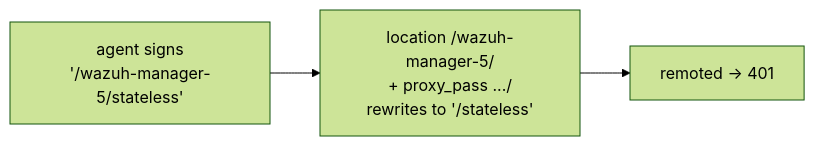
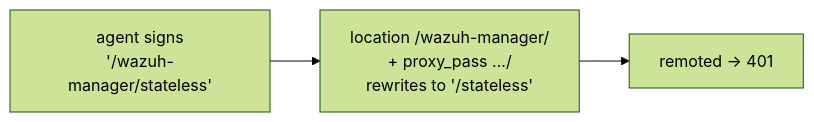
One commit to wazuh/wazuh changed the third of 3 diagrams in docs/ref/modules/remoted/load-balancers/nginx.md. Above: the diagram before and after it, drawn with Mermaid (forest theme). The commit also changed other lines of this file and 25 other files, not shown here.

````diff
--- a/docs/ref/modules/remoted/load-balancers/nginx.md
+++ b/docs/ref/modules/remoted/load-balancers/nginx.md
@@ -188,4 +188,4 @@
 ```mermaid
 flowchart LR
-    A["agent signs<br/>'/wazuh-manager-5/stateless'"] --> N["location /wazuh-manager-5/<br/>+ proxy_pass .../<br/>rewrites to '/stateless'"] --> R["remoted → 401"]
+    A["agent signs<br/>'/wazuh-manager/stateless'"] --> N["location /wazuh-manager/<br/>+ proxy_pass .../<br/>rewrites to '/stateless'"] --> R["remoted → 401"]
 ```
````
